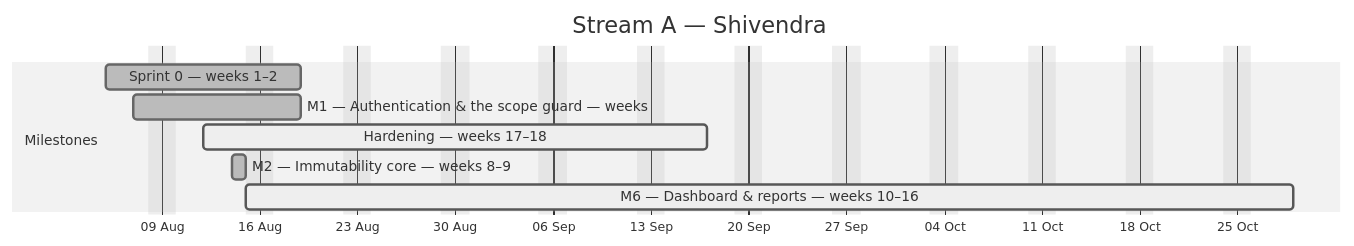
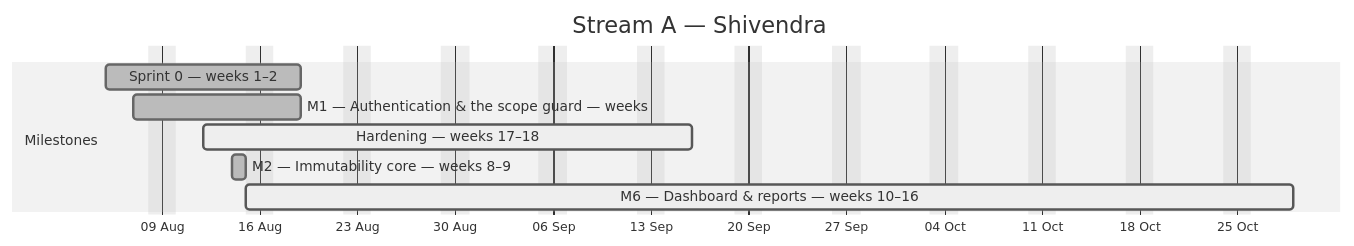
The first of 4 diagrams in docs/plan/GANTT.md (debashisedunext/EduTrack), drawn with Mermaid (neutral theme) before and after one commit. The commit also changed other lines of this file and 3 other files, not shown here.

````diff
--- a/docs/plan/GANTT.md
+++ b/docs/plan/GANTT.md
@@ -114,13 +114,13 @@
 ```mermaid
 gantt
     dateFormat YYYY-MM-DD
     axisFormat %d %b
     title Stream A — Shivendra
     excludes weekends
     section Milestones
     Sprint 0 — weeks 1–2 :done, a0, 2026-08-05, 10d
     M1 — Authentication & the scope guard — weeks :done, a1, 2026-08-07, 8d
-    Hardening — weeks 17–18 :active, a2, 2026-08-12, 26d
+    Hardening — weeks 17–18 :active, a2, 2026-08-12, 25d
     M2 — Immutability core — weeks 8–9 :done, a3, 2026-08-14, 1d
     M6 — Dashboard & reports — weeks 10–16 :active, a4, 2026-08-15, 54d
 ```
````
